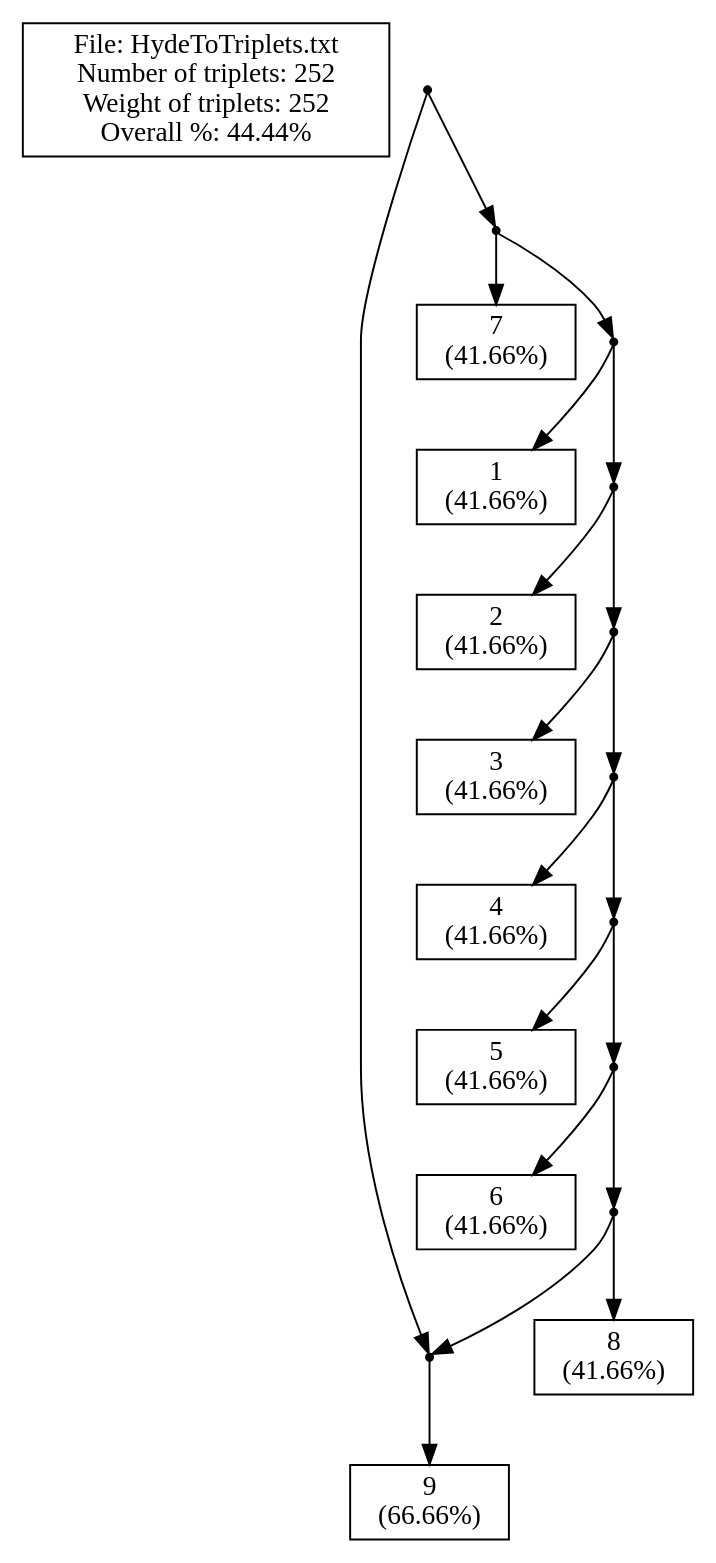
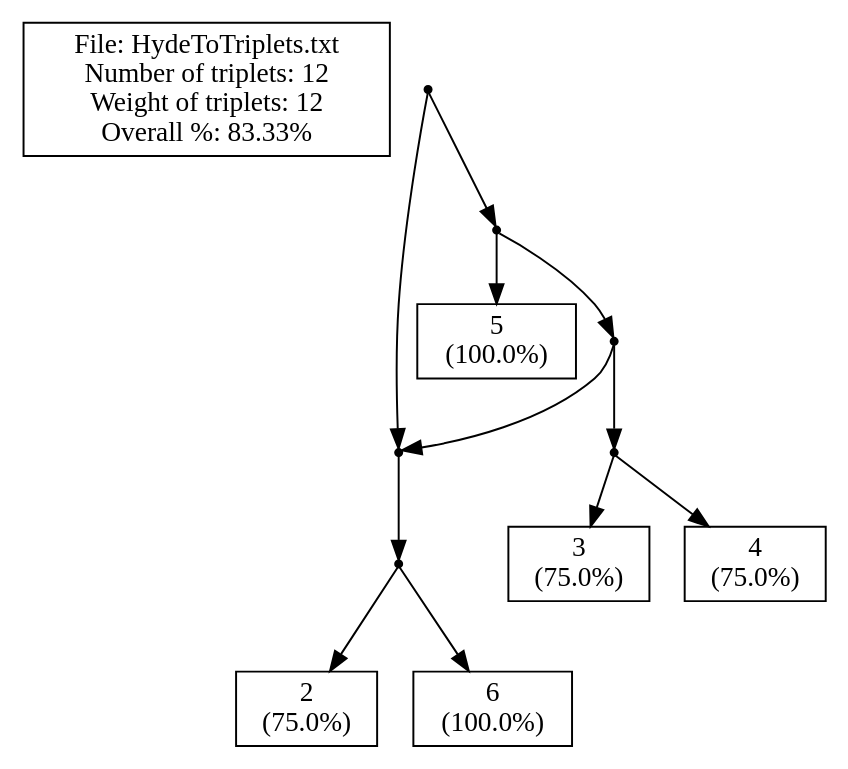
One commit to solislemuslab/phylo-knit changed the diagram in New/Server/cExample1_m.dot. Above: the diagram before and after it, drawn with Graphviz. The commit also changed 10 other files, not shown here.

```diff
--- a/New/Server/cExample1_m.dot
+++ b/New/Server/cExample1_m.dot
@@ -1,66 +1,52 @@
 // LEV1ATHAN Version 1.0, 21 september 2009
 // COMMENT: Pre-processing the input file to count the leaves
-// COMMENT: Pre-processing showed that there are 9 leaves in the input.
-// SUMMARY: Input had 9 leaves.
+// COMMENT: Pre-processing showed that there are 5 leaves in the input.
+// SUMMARY: Input had 5 leaves.
 // USER-SETTING: Will *not* post-process output to collapse edges.
 // COMMENT: Triplet set is already dense.
-// SUMMARY: There are 252 triplets in the input.
-// SUMMARY: Total weight of input triplets is 252.
+// SUMMARY: There are 12 triplets in the input.
+// SUMMARY: Total weight of input triplets is 12.
 // SUMMARY: (Before post-processing)
-// SUMMARY: We got 112 units of triplet weight, that's 44.44% of total weight.
-// SUMMARY: In total 140 units of triplet weight were -not- consistent with the ouput network.
-// SUMMARY: Output network contained 0 triplets -not- in the original input.
-// SUMMARY: The symmetric difference is thus 140 + (1 * 0) = 140
+// SUMMARY: We got 10 units of triplet weight, that's 83.33% of total weight.
+// SUMMARY: In total 2 units of triplet weight were -not- consistent with the ouput network.
+// SUMMARY: Output network contained 4 triplets -not- in the original input.
+// SUMMARY: The symmetric difference is thus 2 + (1 * 4) = 6
 // SUMMARY: (After post-processing)
 strict digraph G1 {
 edge [fontsize=8]
-labelbox [shape=box, width=0.4, label="File: HydeToTriplets.txt\nNumber of triplets: 252\nWeight of triplets: 252\nOverall %: 44.44%"];
+labelbox [shape=box, width=0.4, label="File: HydeToTriplets.txt\nNumber of triplets: 12\nWeight of triplets: 12\nOverall %: 83.33%"];
 internal1000 [shape=point];
 internal1001 [shape=point];
-9 [shape=box, width=0.3, label="9\n(66.66%)"];
-internal1003 [shape=point];
-7 [shape=box, width=0.3, label="7\n(41.66%)"];
+internal1002 [shape=point];
+2 [shape=box, width=0.3, label="2\n(75.0%)"];
+6 [shape=box, width=0.3, label="6\n(100.0%)"];
 internal1005 [shape=point];
-1 [shape=box, width=0.3, label="1\n(41.66%)"];
+5 [shape=box, width=0.3, label="5\n(100.0%)"];
 internal1007 [shape=point];
-2 [shape=box, width=0.3, label="2\n(41.66%)"];
-internal1009 [shape=point];
-3 [shape=box, width=0.3, label="3\n(41.66%)"];
-internal1011 [shape=point];
-4 [shape=box, width=0.3, label="4\n(41.66%)"];
-internal1013 [shape=point];
-5 [shape=box, width=0.3, label="5\n(41.66%)"];
-internal1015 [shape=point];
-6 [shape=box, width=0.3, label="6\n(41.66%)"];
-internal1017 [shape=point];
-8 [shape=box, width=0.3, label="8\n(41.66%)"];
+internal1008 [shape=point];
+3 [shape=box, width=0.3, label="3\n(75.0%)"];
+4 [shape=box, width=0.3, label="4\n(75.0%)"];
 internal1000 -> internal1001
-internal1000 -> internal1003
-internal1001 -> 9
-internal1003 -> 7
-internal1003 -> internal1005
-internal1005 -> 1
+internal1000 -> internal1005
+internal1001 -> internal1002
+internal1002 -> 2
+internal1002 -> 6
+internal1005 -> 5
 internal1005 -> internal1007
-internal1007 -> 2
-internal1007 -> internal1009
-internal1009 -> 3
-internal1009 -> internal1011
-internal1011 -> 4
-internal1011 -> internal1013
-internal1013 -> 5
-internal1013 -> internal1015
-internal1015 -> 6
-internal1015 -> internal1017
-internal1017 -> 8
-internal1017 -> internal1001
-internal1001 -> 9
+internal1007 -> internal1008
+internal1007 -> internal1001
+internal1008 -> 3
+internal1008 -> 4
+internal1001 -> internal1002
+internal1002 -> 2
+internal1002 -> 6
 }
-// SUMMARY: eNewick output: ((9)#H1,(7,(1,(2,(3,(4,(5,(6,(8,#H1)))))))));
-// SUMMARY: In total 140 units of triplet weight were -not- consistent with the ouput network.
-// SUMMARY: Output network contained 0 triplets -not- in the original input.
+// SUMMARY: eNewick output: (((2,6))#H1,(5,((3,4),#H1)));
+// SUMMARY: In total 2 units of triplet weight were -not- consistent with the ouput network.
+// SUMMARY: Output network contained 4 triplets -not- in the original input.
 // SUMMARY: Weight of missing triplets before contraction minus weight of missing triplets afterwards: 0
 // SUMMARY: Number of surplus triplets before contraction minus number of surplus triplets afterwards: 0
-// CONCLUSION: After post-processing we got 112 units of triplet weight, that's 44.44% of total weight (before post-processing this was 44.44%).
-// CONCLUSION: After post-processing the symmetric difference is thus 140 + (1 * 0) = 140 (before post-processing this was 140)
-// STAT: PERCENTAGE = 44.44
-// STAT: NETWORK-TRIPLET SD = 140
+// CONCLUSION: After post-processing we got 10 units of triplet weight, that's 83.33% of total weight (before post-processing this was 83.33%).
+// CONCLUSION: After post-processing the symmetric difference is thus 2 + (1 * 4) = 6 (before post-processing this was 6)
+// STAT: PERCENTAGE = 83.33
+// STAT: NETWORK-TRIPLET SD = 6
```
